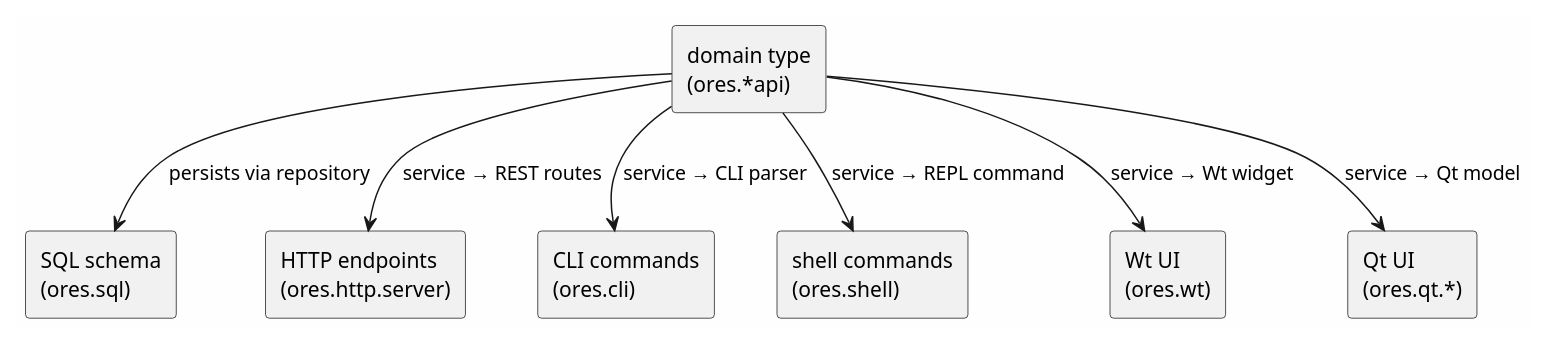
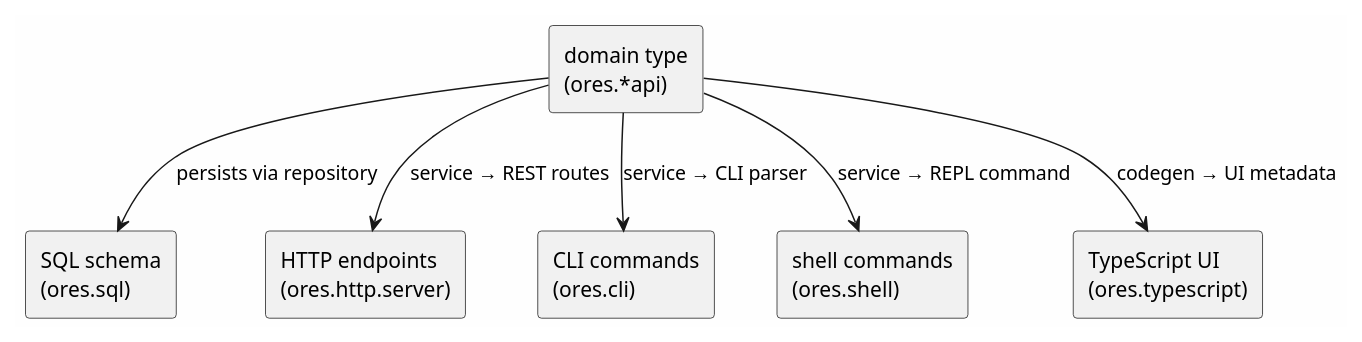
The diagram in projects/modeling/entity_lifecycle.org (OreStudio/OreStudio), drawn with PlantUML before and after one commit. The commit also changed other lines of this file and 2552 other files, not shown here.

```diff
--- a/projects/modeling/entity_lifecycle.org
+++ b/projects/modeling/entity_lifecycle.org
@@ -28,21 +28,19 @@
 #+begin_src plantuml :file entity_lifecycle.png
 @startuml
 skinparam backgroundColor #FEFEFE
 skinparam componentStyle rectangle
 
 [domain type\n(ores.*api)] as D
 [SQL schema\n(ores.sql)] as S
 [HTTP endpoints\n(ores.http.server)] as H
 [CLI commands\n(ores.cli)] as C
 [shell commands\n(ores.shell)] as SH
-[Wt UI\n(ores.wt)] as W
-[Qt UI\n(ores.qt.*)] as Q
+[TypeScript UI\n(ores.typescript)] as T
 
 D --> S  : persists via repository
 D --> H  : service → REST routes
 D --> C  : service → CLI parser
 D --> SH : service → REPL command
-D --> W  : service → Wt widget
-D --> Q  : service → Qt model
+D --> T  : codegen → UI metadata
 @enduml
 #+end_src
```
